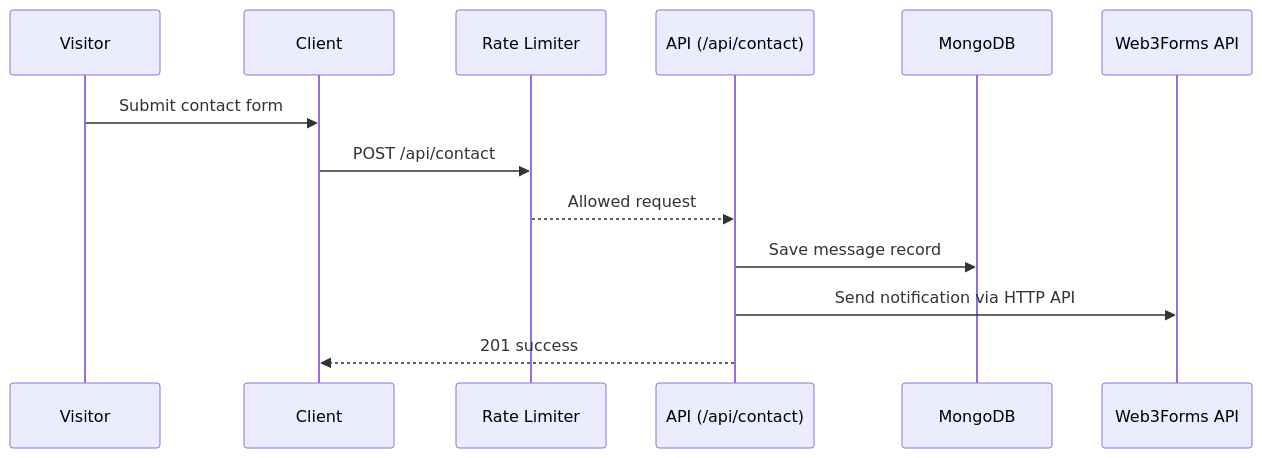
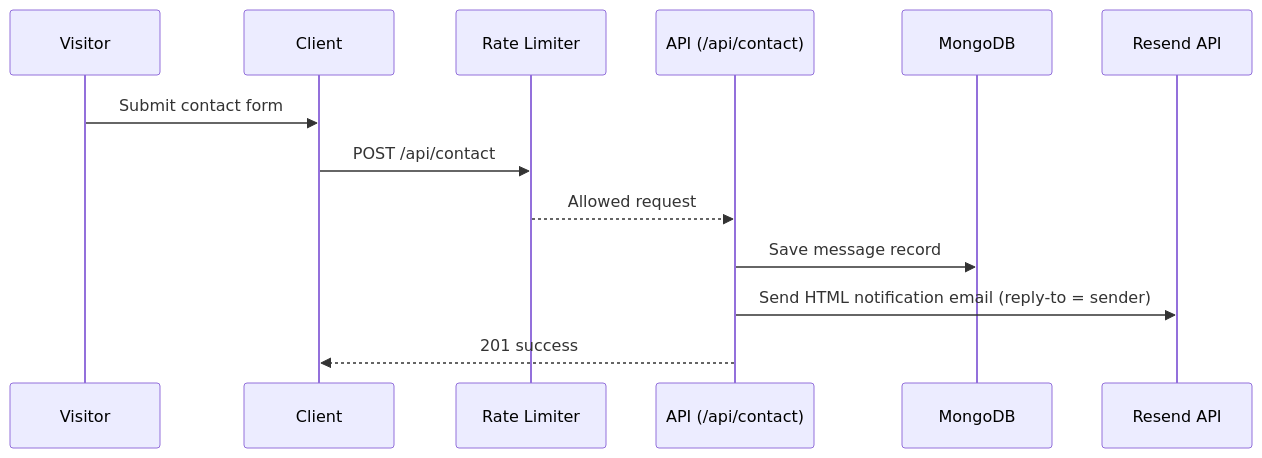
One commit to imsumit28/portfolio-website changed the fourth of 4 diagrams in docs/architecture.md. Above: the diagram before and after it, drawn with Mermaid. The commit also changed other lines of this file and 2 other files, not shown here.

Commit message:
Docs: reflect Resend as primary contact-email provider

````diff
--- a/docs/architecture.md
+++ b/docs/architecture.md
@@ -56,16 +56,16 @@
 ```mermaid
 sequenceDiagram
   participant V as Visitor
   participant C as Client
   participant R as Rate Limiter
   participant K as API (/api/contact)
   participant D as MongoDB
-  participant S as Web3Forms API
+  participant S as Resend API
 
   V->>C: Submit contact form
   C->>R: POST /api/contact
   R-->>K: Allowed request
   K->>D: Save message record
-  K->>S: Send notification via HTTP API
+  K->>S: Send HTML notification email (reply-to = sender)
   K-->>C: 201 success
 ```
````
